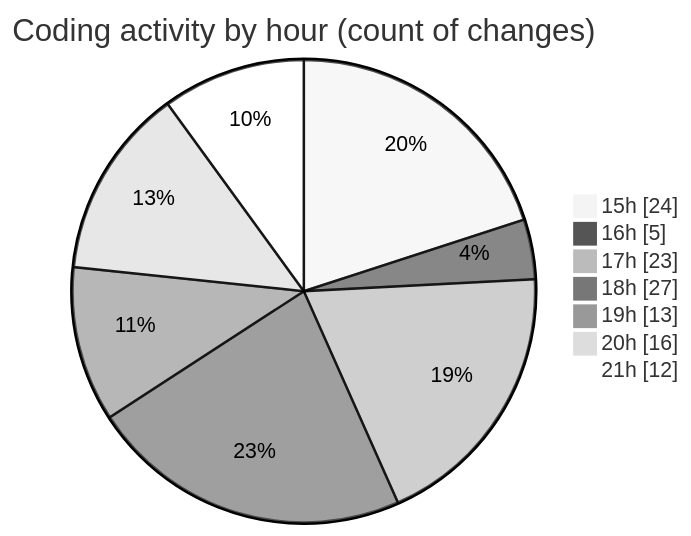
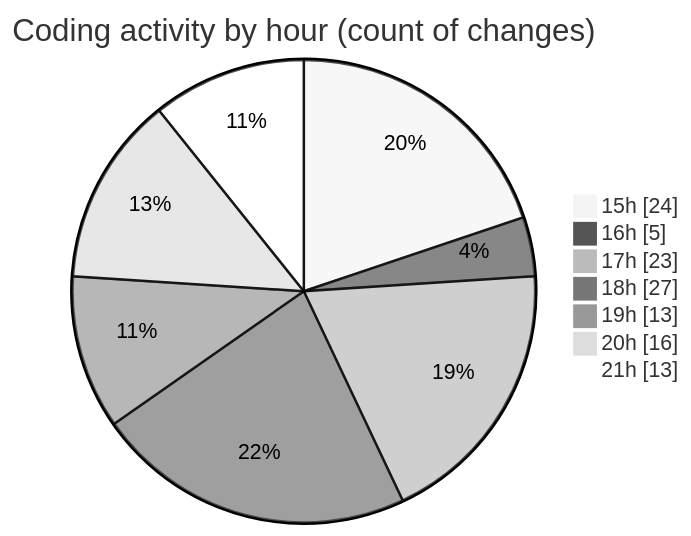
Before and after one commit to EIIisD/code-tracking: the second of 2 diagrams in 2025-08-02/tw-server/README.md, drawn with Mermaid (neutral theme). The commit also changed other lines of this file and 1 other file, not shown here.

````diff
--- a/2025-08-02/tw-server/README.md
+++ b/2025-08-02/tw-server/README.md
@@ -36,11 +36,11 @@
 ```mermaid
 pie showData
 title Coding activity by hour (count of changes)
 "15h" : 24
 "16h" : 5
 "17h" : 23
 "18h" : 27
 "19h" : 13
 "20h" : 16
-"21h" : 12
+"21h" : 13
 ```
````
